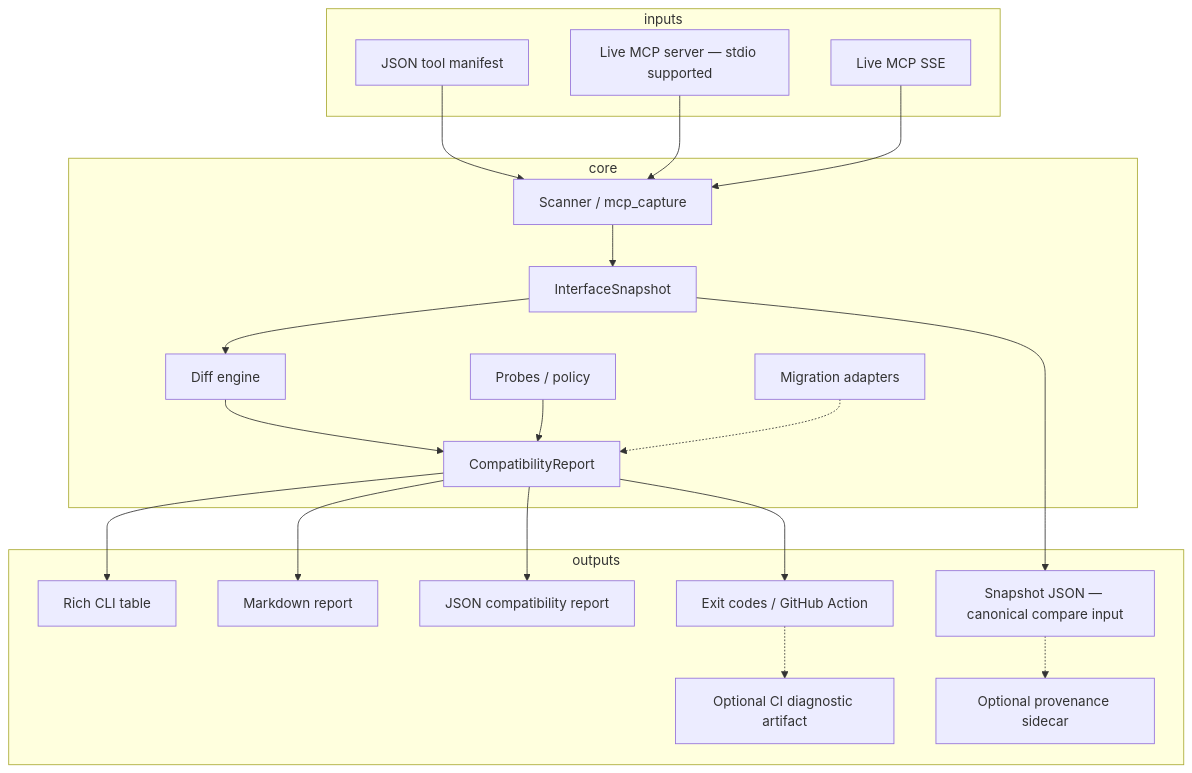
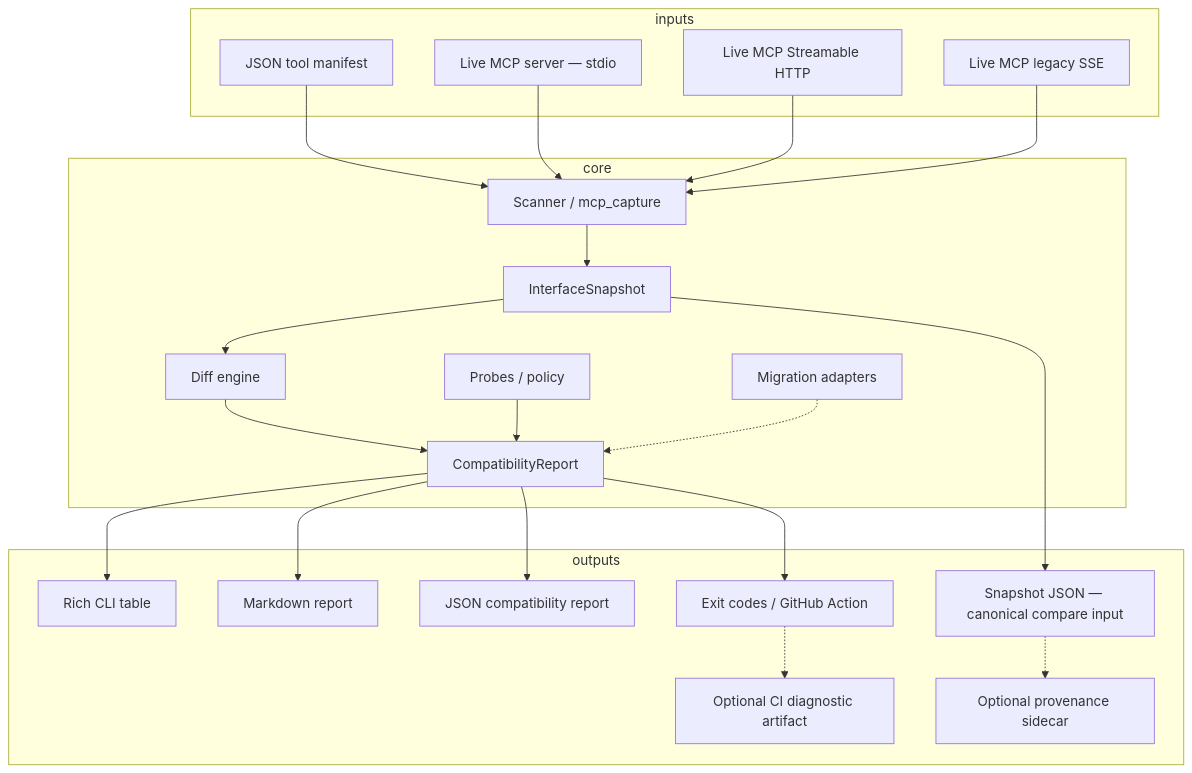
Before and after one commit to askmy-stack/tool-semantics: the diagram in docs/architecture.md, drawn with Mermaid. The commit also changed other lines of this file and 12 other files, not shown here.

First line of the commit message:
feat: Streamable HTTP capture + protocol negotiation + agent execution spec (#104)

````diff
--- a/docs/architecture.md
+++ b/docs/architecture.md
@@ -7,40 +7,42 @@
 ```mermaid
 flowchart TB
   subgraph inputs
     M[JSON tool manifest]
-    L[Live MCP server — stdio supported]
-    SSE[Live MCP SSE]
+    L[Live MCP server — stdio]
+    HTTP[Live MCP Streamable HTTP]
+    SSE[Live MCP legacy SSE]
   end
   subgraph core
     S[Scanner / mcp_capture]
     N[InterfaceSnapshot]
     D[Diff engine]
     P[Probes / policy]
     A[Migration adapters]
     R[CompatibilityReport]
   end
   subgraph outputs
     CLI[Rich CLI table]
     MD[Markdown report]
     JSON[JSON compatibility report]
     SNAP[Snapshot JSON — canonical compare input]
     PROV[Optional provenance sidecar]
     CI[Exit codes / GitHub Action]
     ART[Optional CI diagnostic artifact]
   end
   M --> S
   L --> S
+  HTTP --> S
   SSE --> S
   S --> N
   N --> D
   D --> R
   P --> R
   A -.-> R
   R --> CLI
   R --> MD
   R --> JSON
   R --> CI
   N --> SNAP
   SNAP -.-> PROV
   CI -.-> ART
 ```
````
